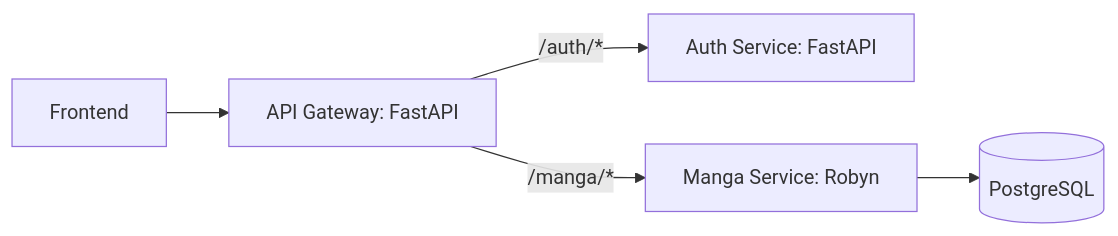
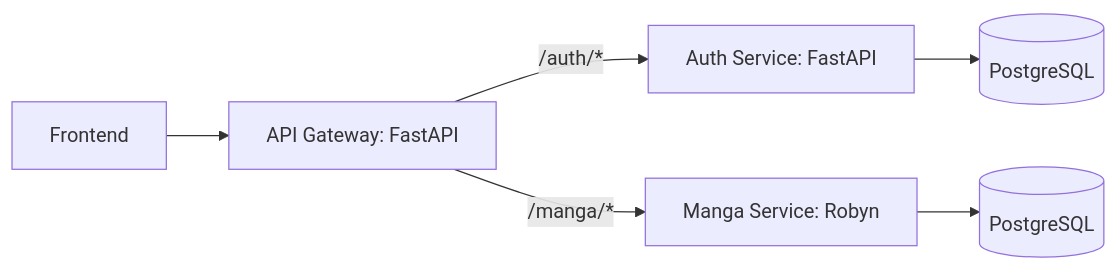
The diagram in README.org (edpyt/mangaluv), drawn with Mermaid before and after one commit.

Commit message:
Update README.org
add postgresql database for auth service

```diff
--- a/README.org
+++ b/README.org
@@ -3,7 +3,8 @@
    #+begin_src mermaid
    flowchart LR
        A[Frontend] --> B[API Gateway: FastAPI]
        B -->|/auth/*| C[Auth Service: FastAPI]
+       C --> E[(PostgreSQL)]
        B -->|/manga/*| D[Manga Service: Robyn]
-       D --> E[(PostgreSQL)]
+       D --> G[(PostgreSQL)]
    #+end_src
```
